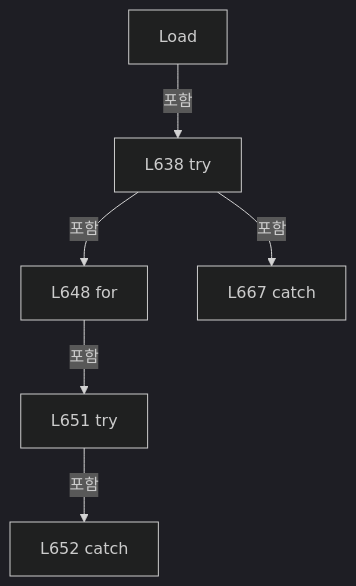
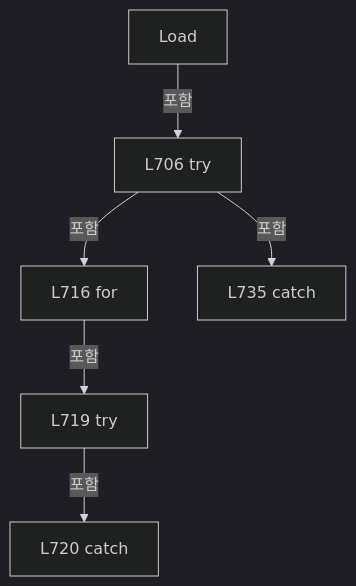
Before and after one commit to kjuws10-rgb/Shared: diagram 17 of 19 in A3 LD Code Ref/files/Drilling.File/ReviewOffset/CReviewOffsetFile.cs.md, drawn with Mermaid (dark theme). The commit also changed other lines of this file and 2071 other files, not shown here.

Commit message:
docs(a3): update 11.19.0 architecture and code reference

````diff
--- a/A3 LD Code Ref/files/Drilling.File/ReviewOffset/CReviewOffsetFile.cs.md
+++ b/A3 LD Code Ref/files/Drilling.File/ReviewOffset/CReviewOffsetFile.cs.md
@@ -2033,14 +2161,14 @@
 ```mermaid
 flowchart TD
  M["Load"]
- N0["L638 try"]
+ N0["L706 try"]
  M -->|포함| N0
- N1["L648 for"]
+ N1["L716 for"]
  N0 -->|포함| N1
- N2["L651 try"]
+ N2["L719 try"]
  N1 -->|포함| N2
- N3["L652 catch"]
+ N3["L720 catch"]
  N2 -->|포함| N3
- N4["L667 catch"]
+ N4["L735 catch"]
  N0 -->|포함| N4
 ```
````
